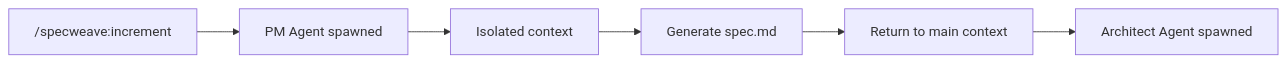
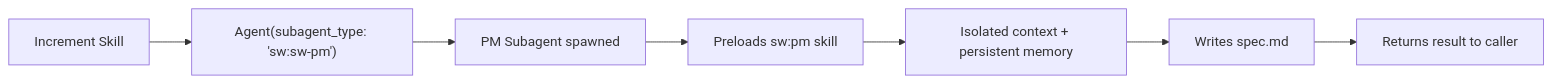
Before and after one commit to anton-abyzov/specweave-umb: the second of 2 diagrams in .specweave/docs/public/glossary/terms/skills-vs-agents.md, drawn with Mermaid. The commit also changed other lines of this file, not shown here.

Commit message:
rewrite skills-vs-agents glossary with subagent architecture

````diff
--- a/.specweave/docs/public/glossary/terms/skills-vs-agents.md
+++ b/.specweave/docs/public/glossary/terms/skills-vs-agents.md
@@ -81,8 +83,9 @@
 ```mermaid
 graph LR
-    A["/specweave:increment"] --> B[PM Agent spawned]
-    B --> C[Isolated context]
-    C --> D[Generate spec.md]
-    D --> E[Return to main context]
-    E --> F[Architect Agent spawned]
+    A[Increment Skill] --> B["Agent(subagent_type: 'sw:sw-pm')"]
+    B --> C[PM Subagent spawned]
+    C --> D[Preloads sw:pm skill]
+    D --> E[Isolated context + persistent memory]
+    E --> F[Writes spec.md]
+    F --> G[Returns result to caller]
 ```
````
